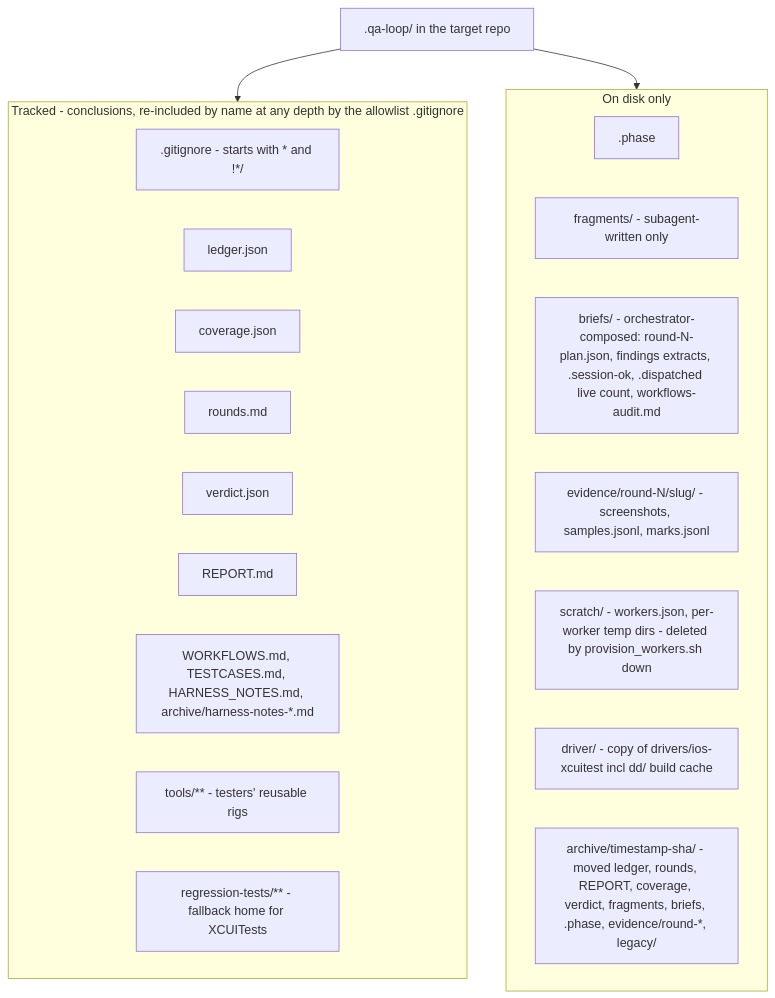
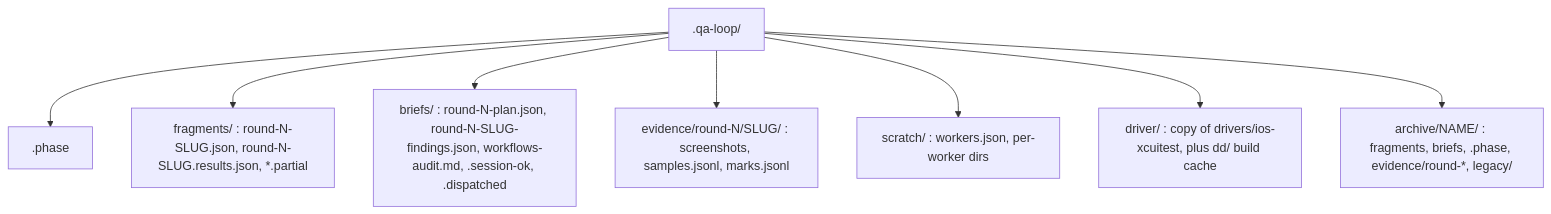
Diagram 30 of 33 in docs/architecture/qa-loop-tools.md (peterlit/quiller-claude-plugins), drawn with Mermaid before and after one commit. The commit also changed other lines of this file and 5 other files, not shown here.

````diff
--- a/docs/architecture/qa-loop-tools.md
+++ b/docs/architecture/qa-loop-tools.md
@@ -802,26 +1208,18 @@
 ```mermaid
 flowchart TB
-    ROOT[".qa-loop/ in the target repo"]
-    subgraph TRACKED["Tracked - conclusions, re-included by name at any depth by the allowlist .gitignore"]
-        GI[".gitignore - starts with * and !*/"]
-        LED["ledger.json"]
-        COV["coverage.json"]
-        RND["rounds.md"]
-        VER["verdict.json"]
-        REP["REPORT.md"]
-        DOCS["WORKFLOWS.md, TESTCASES.md, HARNESS_NOTES.md, archive/harness-notes-*.md"]
-        TOOLS["tools/** - testers' reusable rigs"]
-        RT["regression-tests/** - fallback home for XCUITests"]
-    end
-    subgraph UNTRACKED["On disk only"]
-        PH[".phase"]
-        FRAG["fragments/ - subagent-written only"]
-        BRF["briefs/ - orchestrator-composed: round-N-plan.json, findings extracts, .session-ok, .dispatched live count, workflows-audit.md"]
-        EV["evidence/round-N/slug/ - screenshots, samples.jsonl, marks.jsonl"]
-        SCR["scratch/ - workers.json, per-worker temp dirs - deleted by provision_workers.sh down"]
-        DRV["driver/ - copy of drivers/ios-xcuitest incl dd/ build cache"]
-        ARC["archive/timestamp-sha/ - moved ledger, rounds, REPORT, coverage, verdict, fragments, briefs, .phase, evidence/round-*, legacy/"]
-    end
-    ROOT --> TRACKED
-    ROOT --> UNTRACKED
+    ROOT[".qa-loop/"]
+    PH[".phase"]
+    FRAG["fragments/ : round-N-SLUG.json, round-N-SLUG.results.json, *.partial"]
+    BRF["briefs/ : round-N-plan.json, round-N-SLUG-findings.json, workflows-audit.md, .session-ok, .dispatched"]
+    EV["evidence/round-N/SLUG/ : screenshots, samples.jsonl, marks.jsonl"]
+    SCR["scratch/ : workers.json, per-worker dirs"]
+    DRV["driver/ : copy of drivers/ios-xcuitest, plus dd/ build cache"]
+    ARCS["archive/NAME/ : fragments, briefs, .phase, evidence/round-*, legacy/"]
+    ROOT --> PH
+    ROOT --> FRAG
+    ROOT --> BRF
+    ROOT --> EV
+    ROOT --> SCR
+    ROOT --> DRV
+    ROOT --> ARCS
 ```
````
